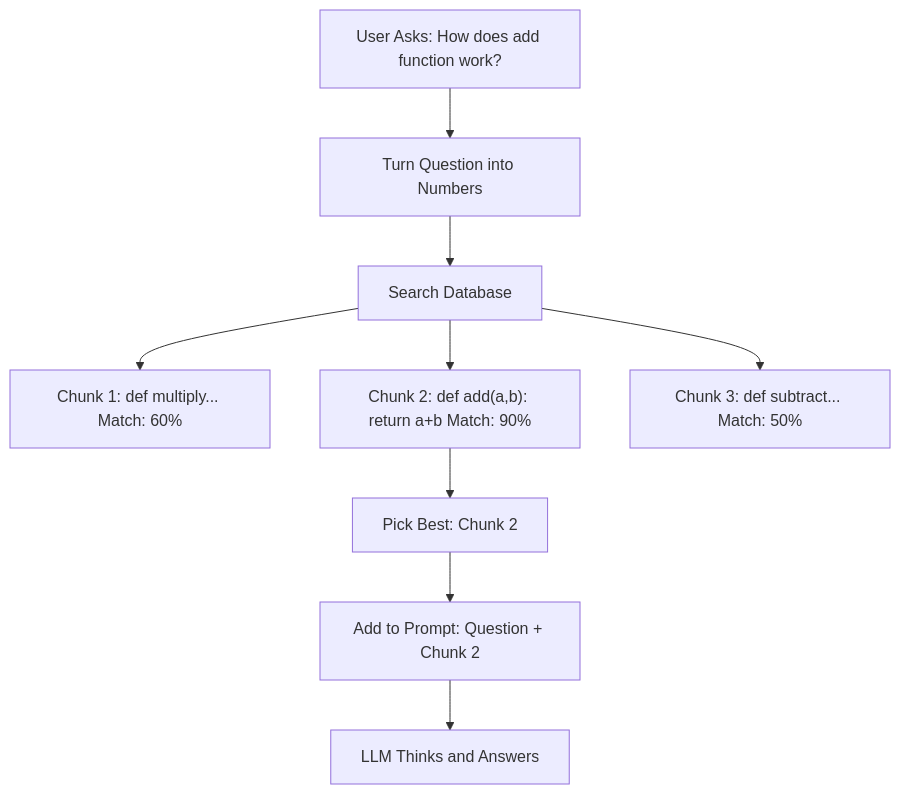
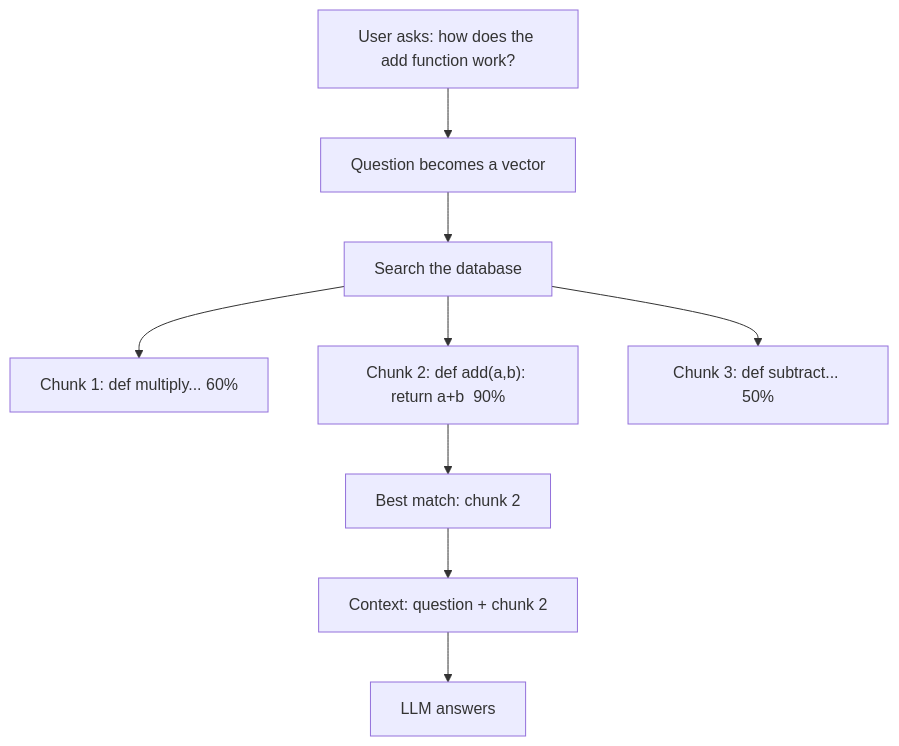
Before and after one commit to lokumai/ai-engineering-bazaar: the fourth of 5 diagrams in mini-courses/1_fundamentals/3_rag.md, drawn with Mermaid. The commit also changed other lines of this file and 7 other files, not shown here.

````diff
--- a/mini-courses/1_fundamentals/3_rag.md
+++ b/mini-courses/1_fundamentals/3_rag.md
@@ -238,11 +160,11 @@
 ```mermaid
 graph TD
-    A[User Asks: How does add function work?] --> B[Turn Question into Numbers]
-    B --> C[Search Database]
-    C --> D["Chunk 1: def multiply... Match: 60%"]
-    C --> E["Chunk 2: def add(a,b): return a+b Match: 90%"]
-    C --> F["Chunk 3: def subtract... Match: 50%"]
-    E --> G[Pick Best: Chunk 2]
-    G --> H[Add to Prompt: Question + Chunk 2]
-    H --> I[LLM Thinks and Answers]
+    A["User asks: how does the add function work?"] --> B["Question becomes a vector"]
+    B --> C["Search the database"]
+    C --> D["Chunk 1: def multiply... 60%"]
+    C --> E["Chunk 2: def add(a,b): return a+b  90%"]
+    C --> F["Chunk 3: def subtract... 50%"]
+    E --> G["Best match: chunk 2"]
+    G --> H["Context: question + chunk 2"]
+    H --> I["LLM answers"]
 ```
````
